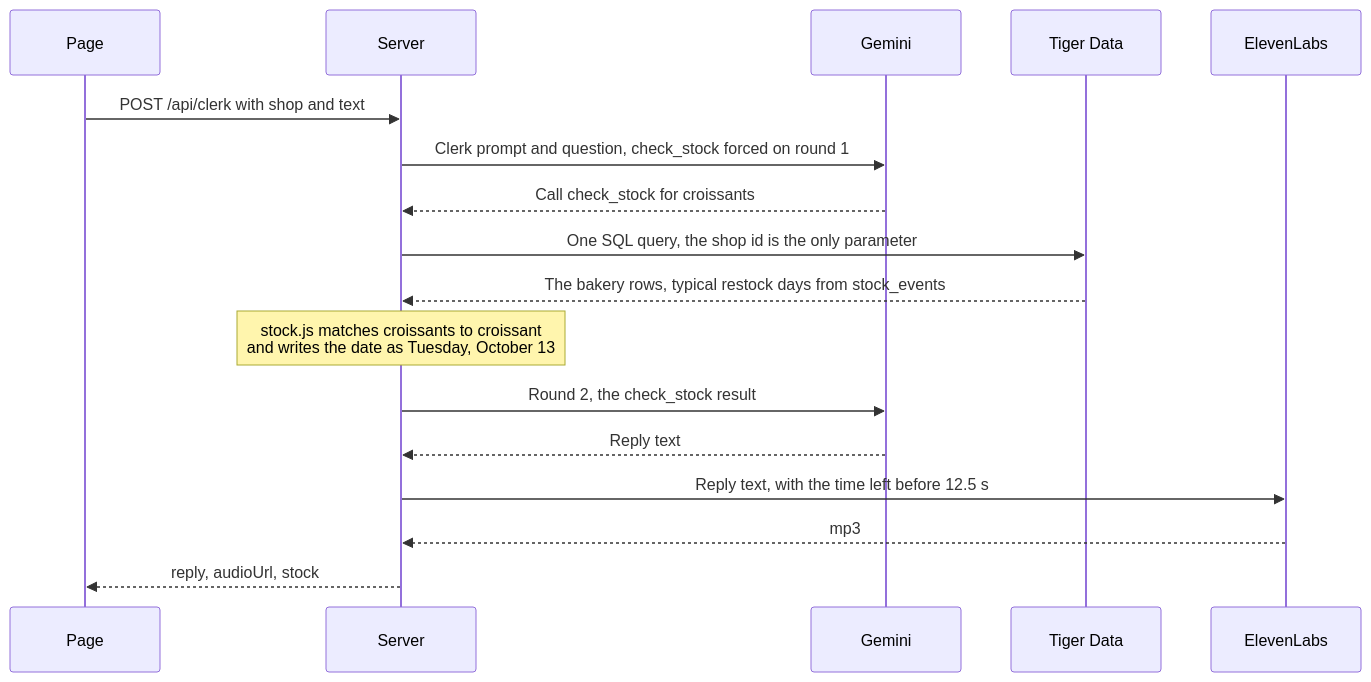
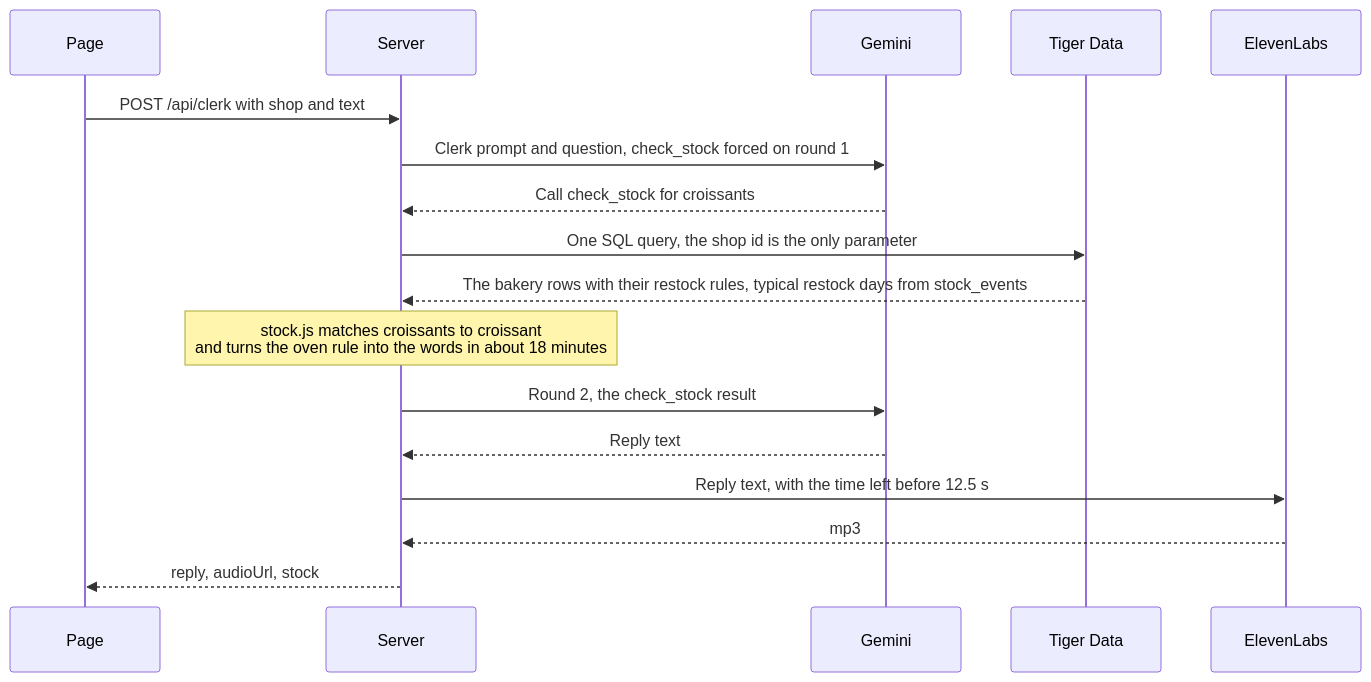
Before and after one commit to SergioB03/Peripie: the third of 3 diagrams in docs/sequence.md, drawn with Mermaid. The commit also changed other lines of this file and 4 other files, not shown here.

First line of the commit message:
docs: the stock room now holds rules and notes; oven times replace Tuesday

````diff
--- a/docs/sequence.md
+++ b/docs/sequence.md
@@ -92,19 +96,19 @@
 ```mermaid
 sequenceDiagram
     participant P as Page
     participant X as Server
     participant G as Gemini
     participant D as Tiger Data
     participant E as ElevenLabs
     P->>X: POST /api/clerk with shop and text
     X->>G: Clerk prompt and question, check_stock forced on round 1
     G-->>X: Call check_stock for croissants
     X->>D: One SQL query, the shop id is the only parameter
-    D-->>X: The bakery rows, typical restock days from stock_events
-    Note over X: stock.js matches croissants to croissant<br/>and writes the date as Tuesday, October 13
+    D-->>X: The bakery rows with their restock rules, typical restock days from stock_events
+    Note over X: stock.js matches croissants to croissant<br/>and turns the oven rule into the words in about 18 minutes
     X->>G: Round 2, the check_stock result
     G-->>X: Reply text
     X->>E: Reply text, with the time left before 12.5 s
     E-->>X: mp3
     X-->>P: reply, audioUrl, stock
 ```
````
